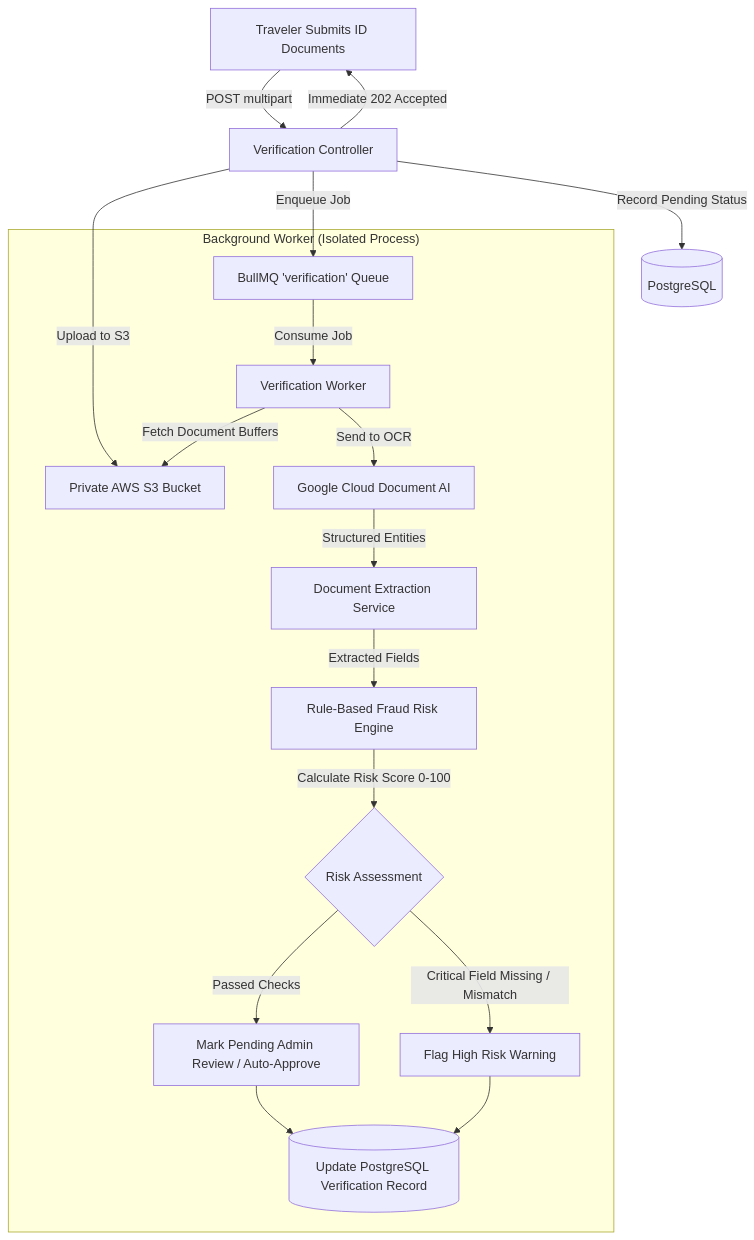
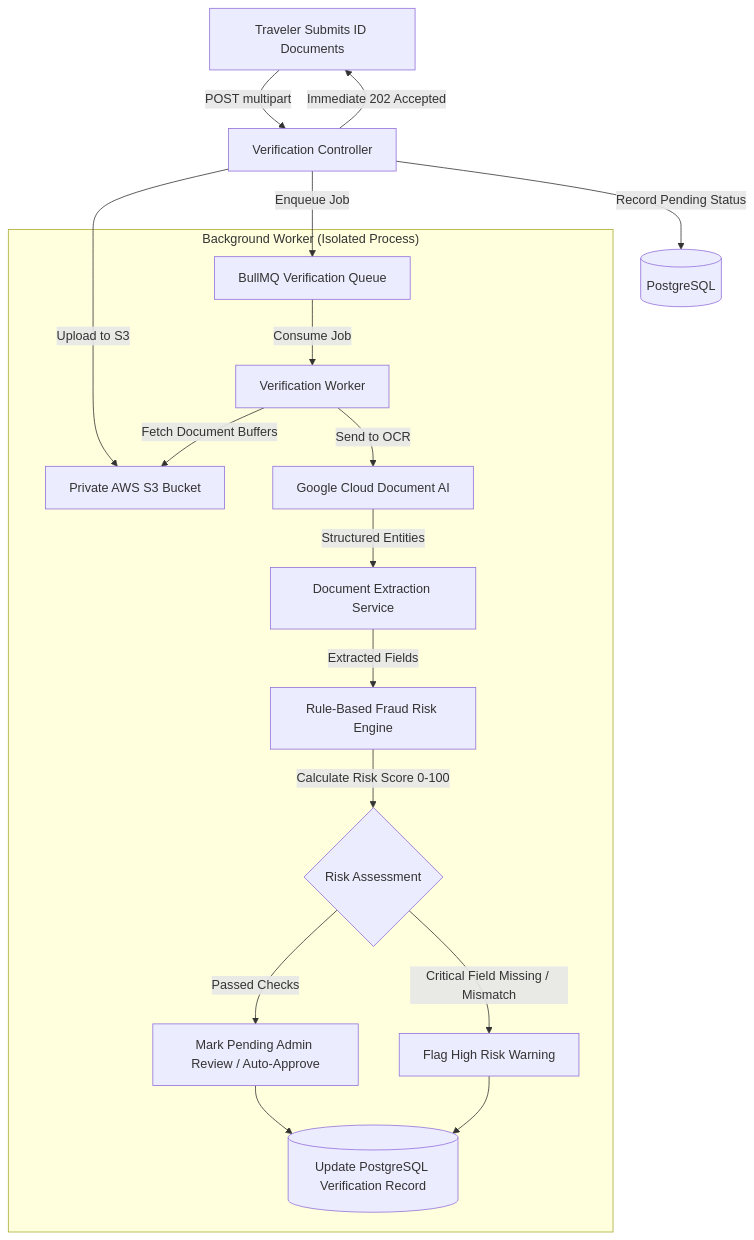
Before and after one commit to Nasif284/Voymate-server: the third of 5 diagrams in README.md, drawn with Mermaid. The commit also changed other lines of this file, not shown here.

Commit message:
docs: fix Mermaid diagram syntax by quoting node labels in server README

````diff
--- a/README.md
+++ b/README.md
@@ -207,21 +207,21 @@
 ```mermaid
 flowchart TD
-    A[Traveler Submits ID Documents] -->|POST multipart| B[Verification Controller]
-    B -->|Upload to S3| C[Private AWS S3 Bucket]
-    B -->|Record Pending Status| D[(PostgreSQL)]
-    B -->|Enqueue Job| E[BullMQ 'verification' Queue]
+    A["Traveler Submits ID Documents"] -->|POST multipart| B["Verification Controller"]
+    B -->|Upload to S3| C["Private AWS S3 Bucket"]
+    B -->|Record Pending Status| D[("PostgreSQL")]
+    B -->|Enqueue Job| E["BullMQ Verification Queue"]
     B -- Immediate 202 Accepted --> A
 
     subgraph Asynchronous_Worker ["Background Worker (Isolated Process)"]
-        E -->|Consume Job| F[Verification Worker]
+        E -->|Consume Job| F["Verification Worker"]
         F -->|Fetch Document Buffers| C
-        F -->|Send to OCR| G[Google Cloud Document AI]
-        G -->|Structured Entities| H[Document Extraction Service]
-        H -->|Extracted Fields| I[Rule-Based Fraud Risk Engine]
-        I -->|Calculate Risk Score 0-100| J{Risk Assessment}
-        J -->|Passed Checks| K[Mark Pending Admin Review / Auto-Approve]
-        J -->|Critical Field Missing / Mismatch| L[Flag High Risk Warning]
-        K --> M[(Update PostgreSQL Verification Record)]
+        F -->|Send to OCR| G["Google Cloud Document AI"]
+        G -->|Structured Entities| H["Document Extraction Service"]
+        H -->|Extracted Fields| I["Rule-Based Fraud Risk Engine"]
+        I -->|Calculate Risk Score 0-100| J{"Risk Assessment"}
+        J -->|Passed Checks| K["Mark Pending Admin Review / Auto-Approve"]
+        J -->|Critical Field Missing / Mismatch| L["Flag High Risk Warning"]
+        K --> M[("Update PostgreSQL Verification Record")]
         L --> M
     end
 ```
````
